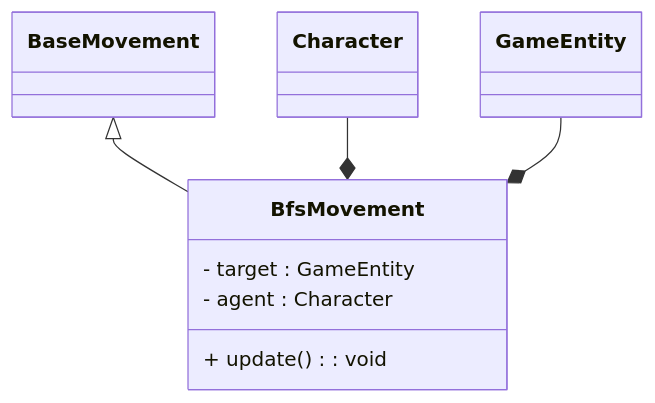
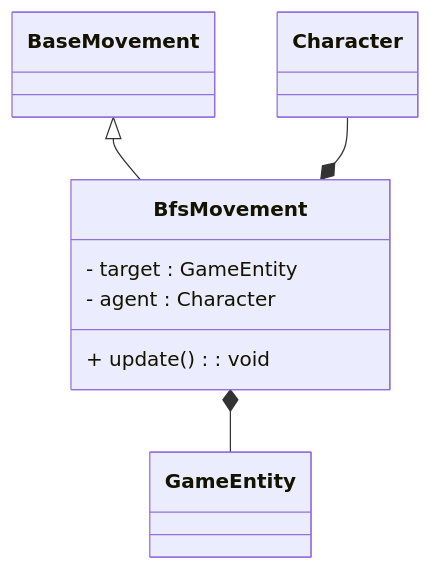
Diagram 18 of 22 in report.md (frabitta/OOP23-gfight), drawn with Mermaid before and after one commit. The commit also changed other lines of this file, not shown here.

````diff
--- a/report.md
+++ b/report.md
@@ -665,13 +670,13 @@
 ```mermaid
 classDiagram
   BaseMovement <|-- BfsMovement
   Character --* BfsMovement
-  GameEntity --* BfsMovement
+  BfsMovement *--  GameEntity
 
   class BfsMovement{
     - target : GameEntity
     - agent : Character
 
     + update() : void
   }
 ```
````
